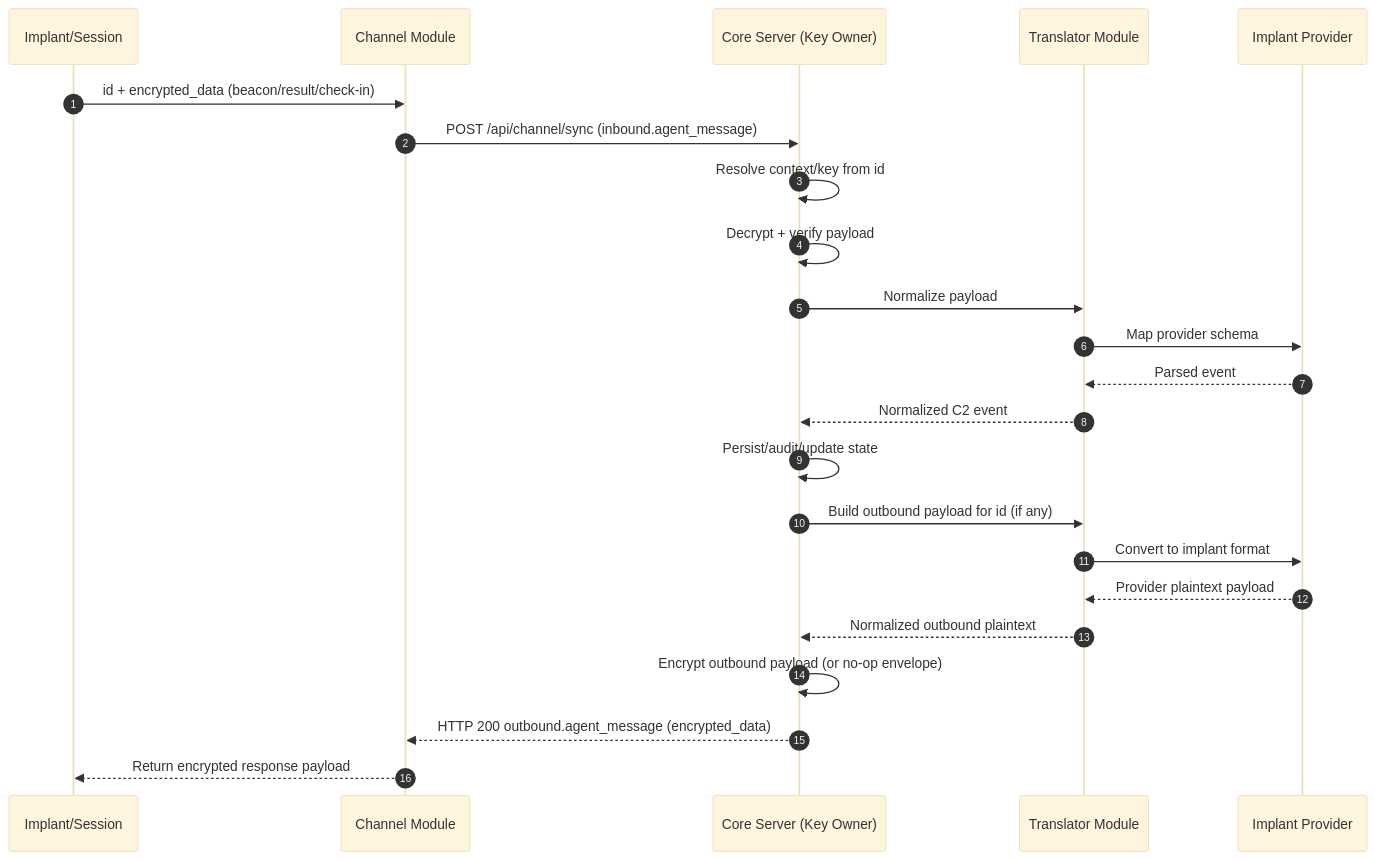
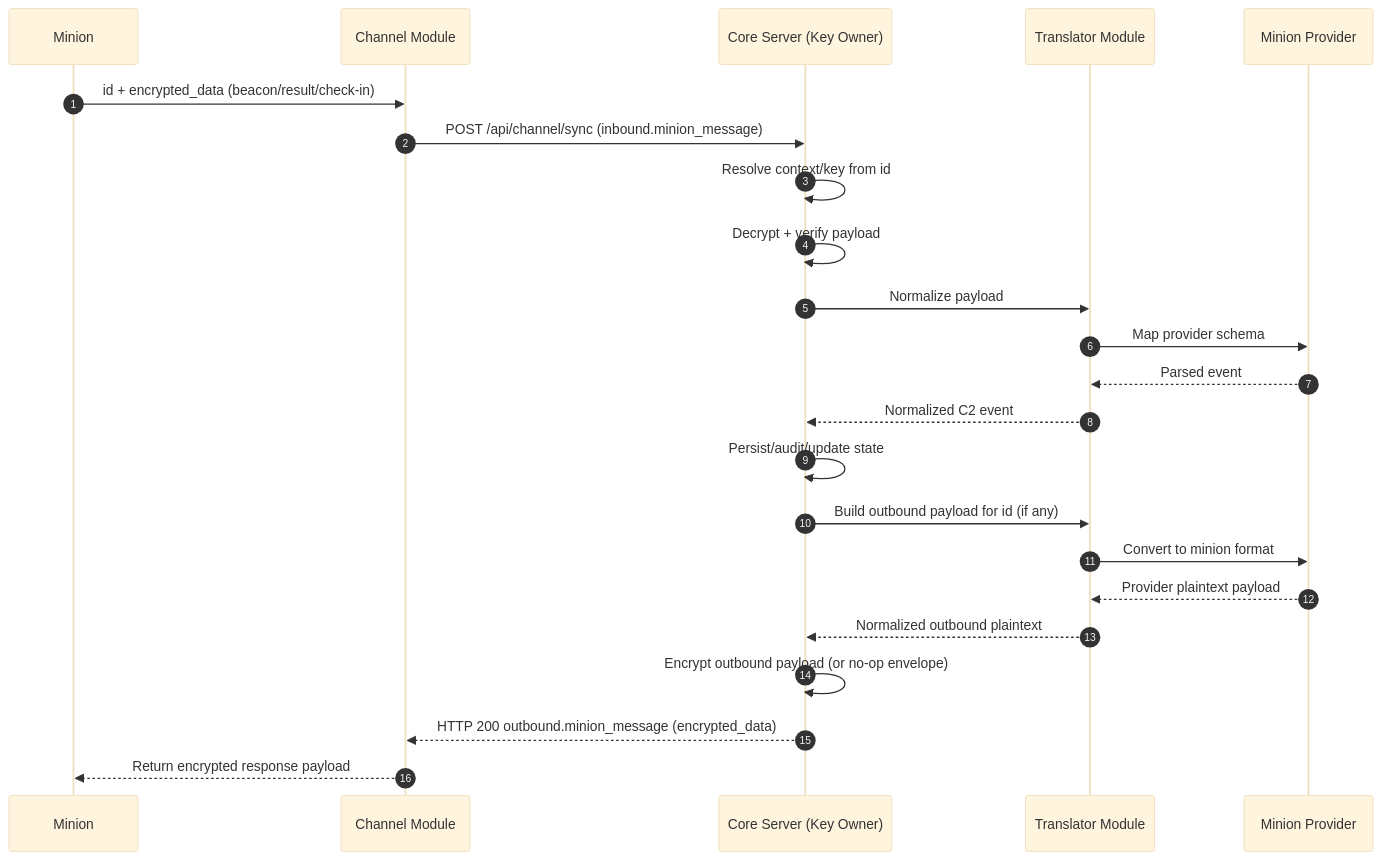
One commit to vibe-c2/vibe-c2-docs changed the diagram in src/content/docs/message-flow-full.md. Above: the diagram before and after it, drawn with Mermaid (base theme). The commit also changed other lines of this file and 38 other files, not shown here.

````diff
--- a/src/content/docs/message-flow-full.md
+++ b/src/content/docs/message-flow-full.md
@@ -15,27 +15,27 @@
 ```mermaid
 sequenceDiagram
     autonumber
-    participant I as Implant/Session
+    participant I as Minion
     participant CH as Channel Module
     participant CS as Core Server (Key Owner)
     participant TR as Translator Module
-    participant IP as Implant Provider
+    participant IP as Minion Provider
 
     I->>CH: id + encrypted_data (beacon/result/check-in)
-    CH->>CS: POST /api/channel/sync (inbound.agent_message)
+    CH->>CS: POST /api/channel/sync (inbound.minion_message)
     CS->>CS: Resolve context/key from id
     CS->>CS: Decrypt + verify payload
     CS->>TR: Normalize payload
     TR->>IP: Map provider schema
     IP-->>TR: Parsed event
     TR-->>CS: Normalized C2 event
     CS->>CS: Persist/audit/update state
 
     CS->>TR: Build outbound payload for id (if any)
-    TR->>IP: Convert to implant format
+    TR->>IP: Convert to minion format
     IP-->>TR: Provider plaintext payload
     TR-->>CS: Normalized outbound plaintext
     CS->>CS: Encrypt outbound payload (or no-op envelope)
-    CS-->>CH: HTTP 200 outbound.agent_message (encrypted_data)
+    CS-->>CH: HTTP 200 outbound.minion_message (encrypted_data)
     CH-->>I: Return encrypted response payload
 ```
````
